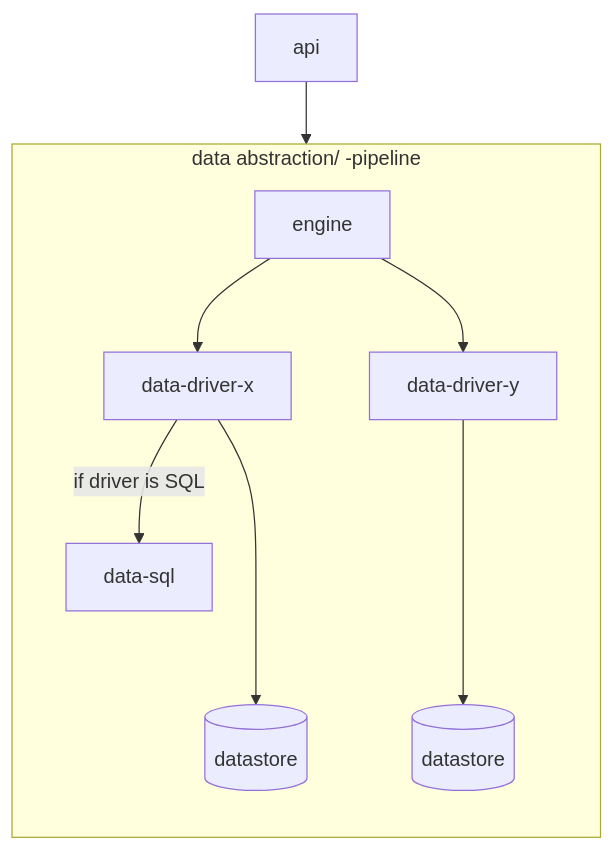
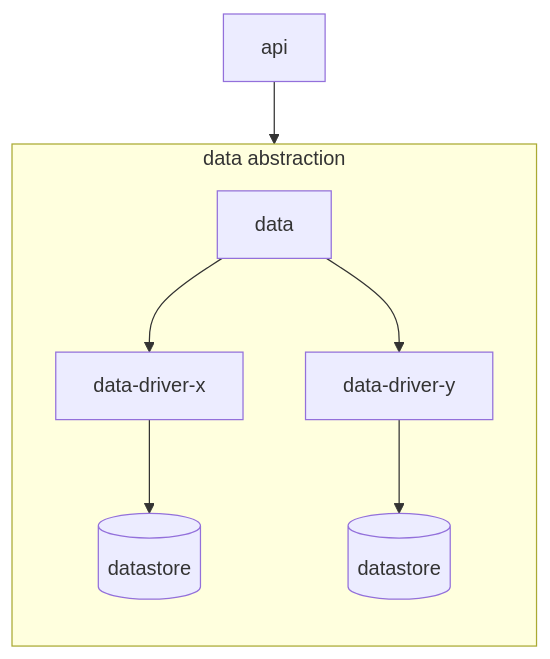
One commit to directus/directus changed the diagram in packages/data/readme.md. Above: the diagram before and after it, drawn with Mermaid. The commit also changed other lines of this file, not shown here.

````diff
--- a/packages/data/readme.md
+++ b/packages/data/readme.md
@@ -67,12 +52,9 @@
 ```mermaid
 graph TB;
     api --> data
-	subgraph data[data abstraction/ -pipeline]
-	direction TB
-    engine --> data-driver-x
-    engine --> data-driver-y
-	data-driver-x ---> db1[(datastore)]
-	data-driver-x  -- if driver is SQL --> data-sql
-	data-driver-y ---> db2[(datastore)]
+	subgraph da[data abstraction]
+		direction TB
+		data --> data-driver-x --> db1[(datastore)]
+		data --> data-driver-y --> db2[(datastore)]
 	end
 ```
````
